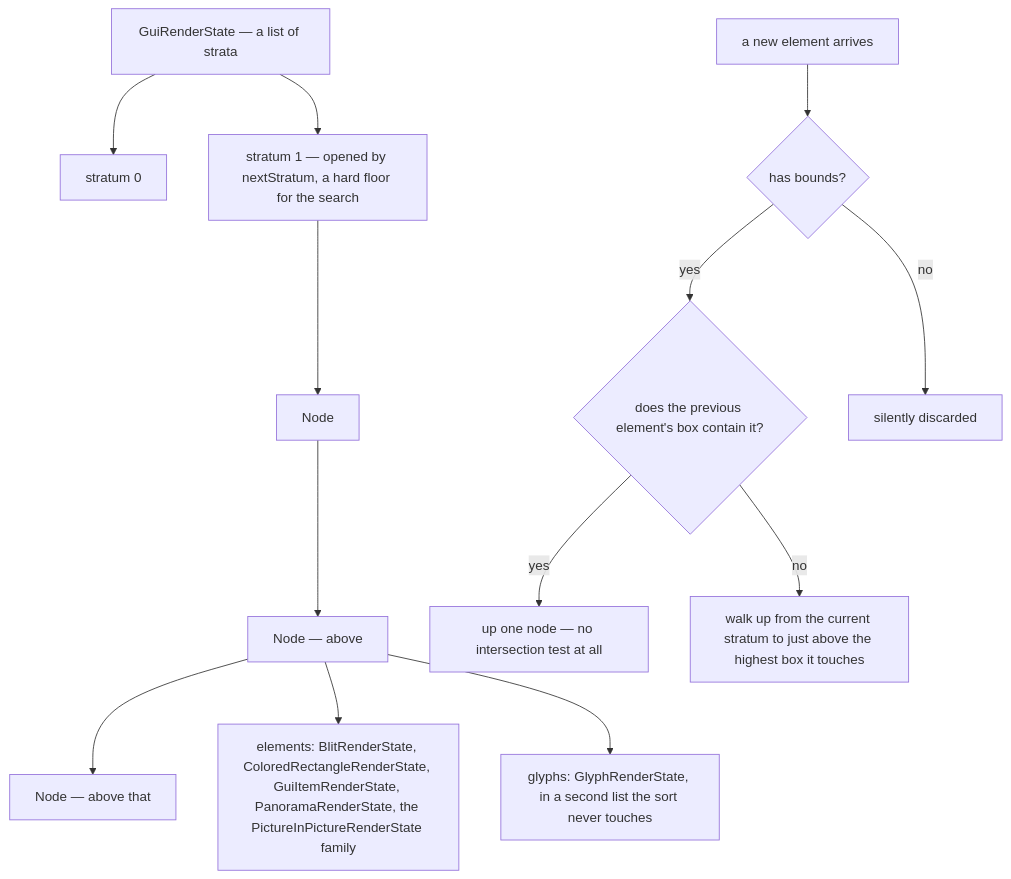
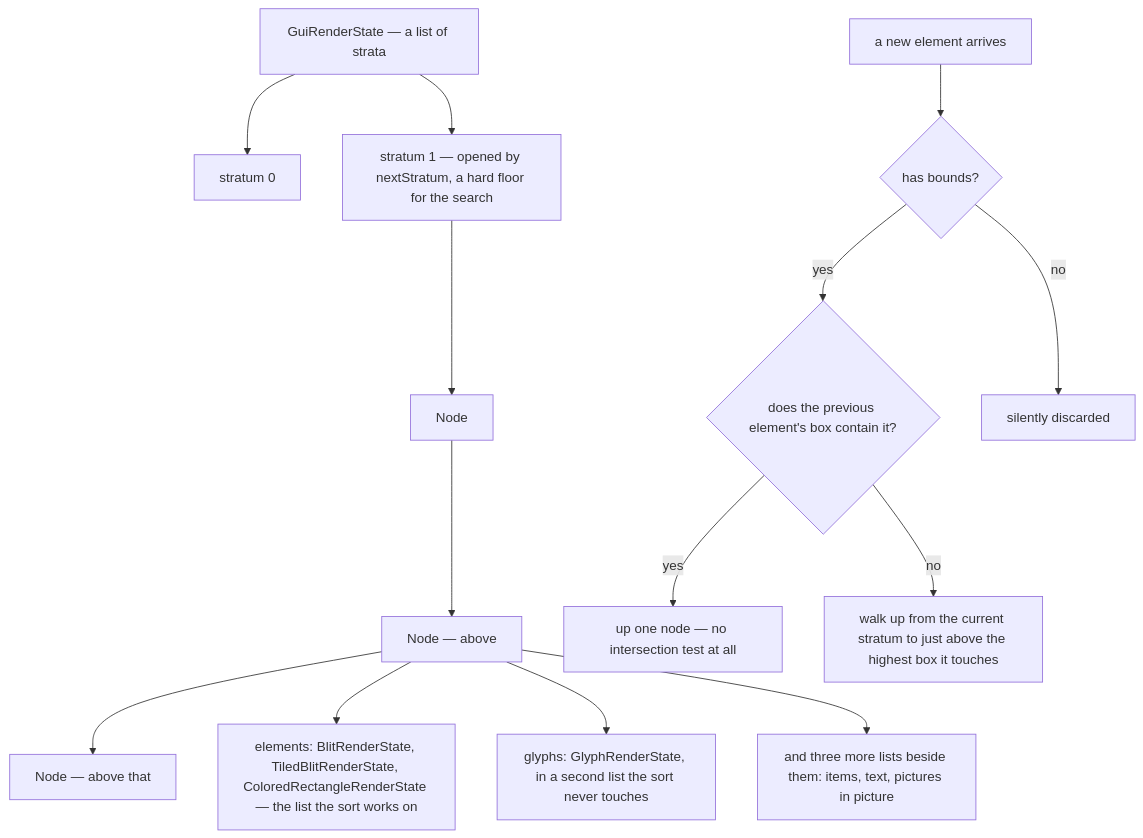
Before and after one commit to AlexanderjFraser/MinecraftDocs: the first of 2 diagrams in src/systems/client/the-gui-render-tree.md, drawn with Mermaid. The commit also changed other lines of this file and 13 other files, not shown here.

````diff
--- a/src/systems/client/the-gui-render-tree.md
+++ b/src/systems/client/the-gui-render-tree.md
@@ -34,27 +34,29 @@
 ```mermaid
 flowchart TD
     GRS["GuiRenderState — a list of strata"]
     S1["stratum 0"]
     S2["stratum 1 — opened by nextStratum, a hard floor for the search"]
     N1["Node"]
     N2["Node — above"]
     N3["Node — above that"]
-    EL["elements: BlitRenderState, ColoredRectangleRenderState, GuiItemRenderState, PanoramaRenderState, the PictureInPictureRenderState family"]
+    EL["elements: BlitRenderState, TiledBlitRenderState, ColoredRectangleRenderState — the list the sort works on"]
     GL["glyphs: GlyphRenderState, in a second list the sort never touches"]
+    OTH["and three more lists beside them: items, text, pictures in picture"]
     NEW["a new element arrives"]
     FAST{"does the previous element's box contain it?"}
     UP["up one node — no intersection test at all"]
     WALK["walk up from the current stratum to just above the highest box it touches"]
     NONE{"has bounds?"}
     DROP["silently discarded"]
     GRS --> S1
     GRS --> S2
     S2 --> N1 --> N2 --> N3
     N2 --> EL
     N2 --> GL
+    N2 --> OTH
     NEW --> NONE
     NONE -- "no" --> DROP
     NONE -- "yes" --> FAST
     FAST -- "yes" --> UP
     FAST -- "no" --> WALK
 ```
````
